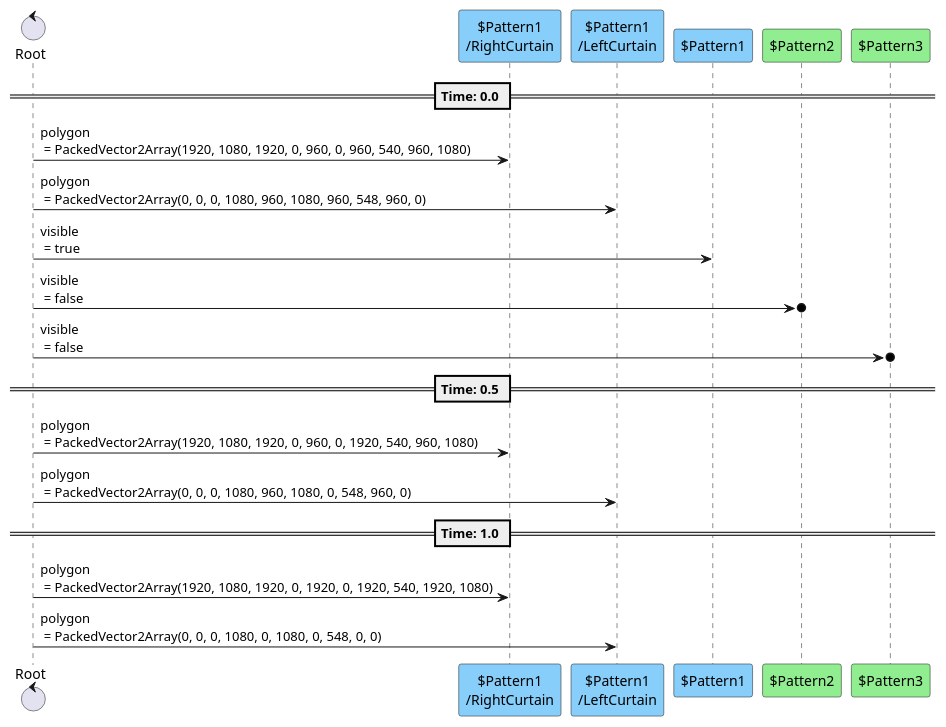
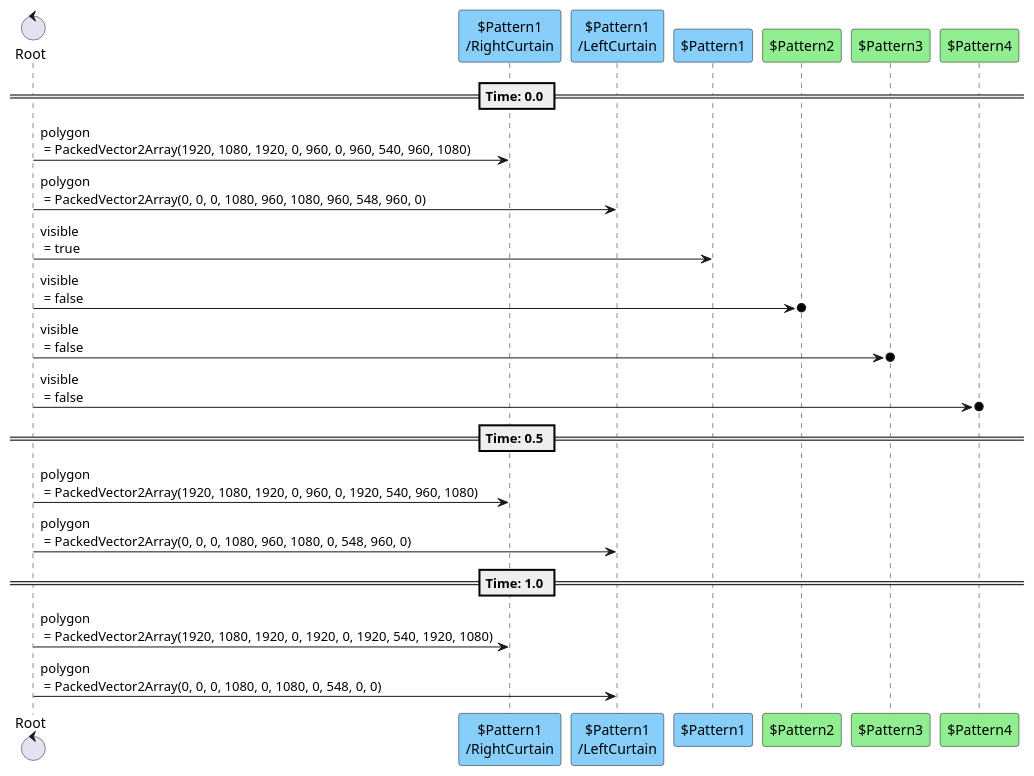
One commit to tkmfujise/Platformer-Game-Learning changed the third of 6 diagrams in content/scenes/src/curtain/opening/opening.tscn.adoc. Above: the diagram before and after it, drawn with PlantUML. The commit also changed other lines of this file and 174 other files, not shown here.

```diff
--- a/content/scenes/src/curtain/opening/opening.tscn.adoc
+++ b/content/scenes/src/curtain/opening/opening.tscn.adoc
@@ -93,26 +111,28 @@
 [plantuml]
 ....
 control "Root" as R
 participant "$Pattern1\n/RightCurtain" as T0 #87CEFA
 participant "$Pattern1\n/LeftCurtain" as T1 #87CEFA
 participant "$Pattern1" as T2 #87CEFA
 participant "$Pattern2" as T3 #90EE90
 participant "$Pattern3" as T4 #90EE90
+participant "$Pattern4" as T5 #90EE90
 
 
 
 == Time: 0.0 ==
 R  ->  T0 : polygon\n = PackedVector2Array(1920, 1080, 1920, 0, 960, 0, 960, 540, 960, 1080)
 R  ->  T1 : polygon\n = PackedVector2Array(0, 0, 0, 1080, 960, 1080, 960, 548, 960, 0)
 R  ->  T2 : visible\n = true
 R  ->o  T3 : visible\n = false
 R  ->o  T4 : visible\n = false
+R  ->o  T5 : visible\n = false
 == Time: 0.5 ==
 R  ->  T0 : polygon\n = PackedVector2Array(1920, 1080, 1920, 0, 960, 0, 1920, 540, 960, 1080)
 R  ->  T1 : polygon\n = PackedVector2Array(0, 0, 0, 1080, 960, 1080, 0, 548, 960, 0)
 == Time: 1.0 ==
 R  ->  T0 : polygon\n = PackedVector2Array(1920, 1080, 1920, 0, 1920, 0, 1920, 540, 1920, 1080)
 R  ->  T1 : polygon\n = PackedVector2Array(0, 0, 0, 1080, 0, 1080, 0, 548, 0, 0)
 
 
 ....
```
